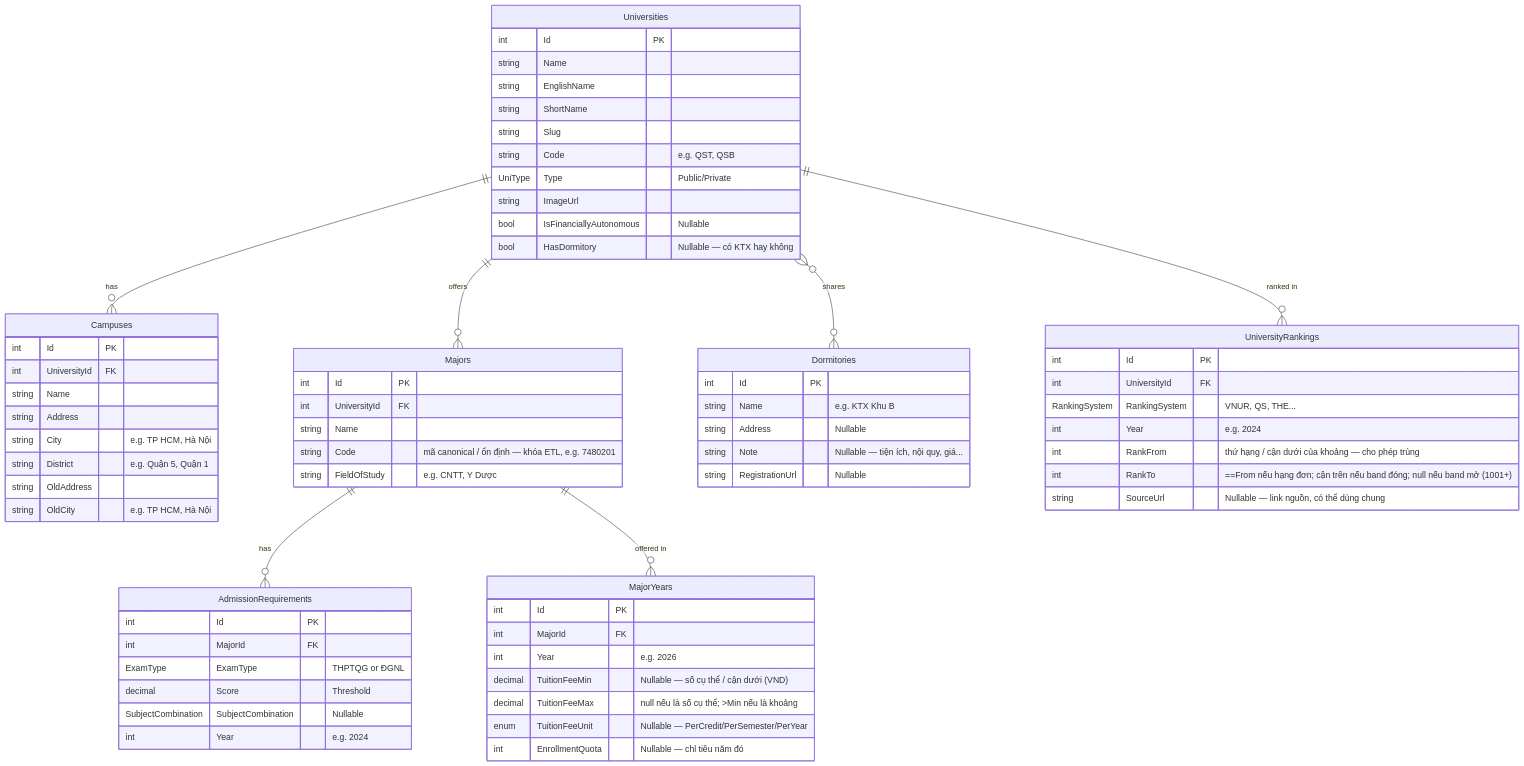
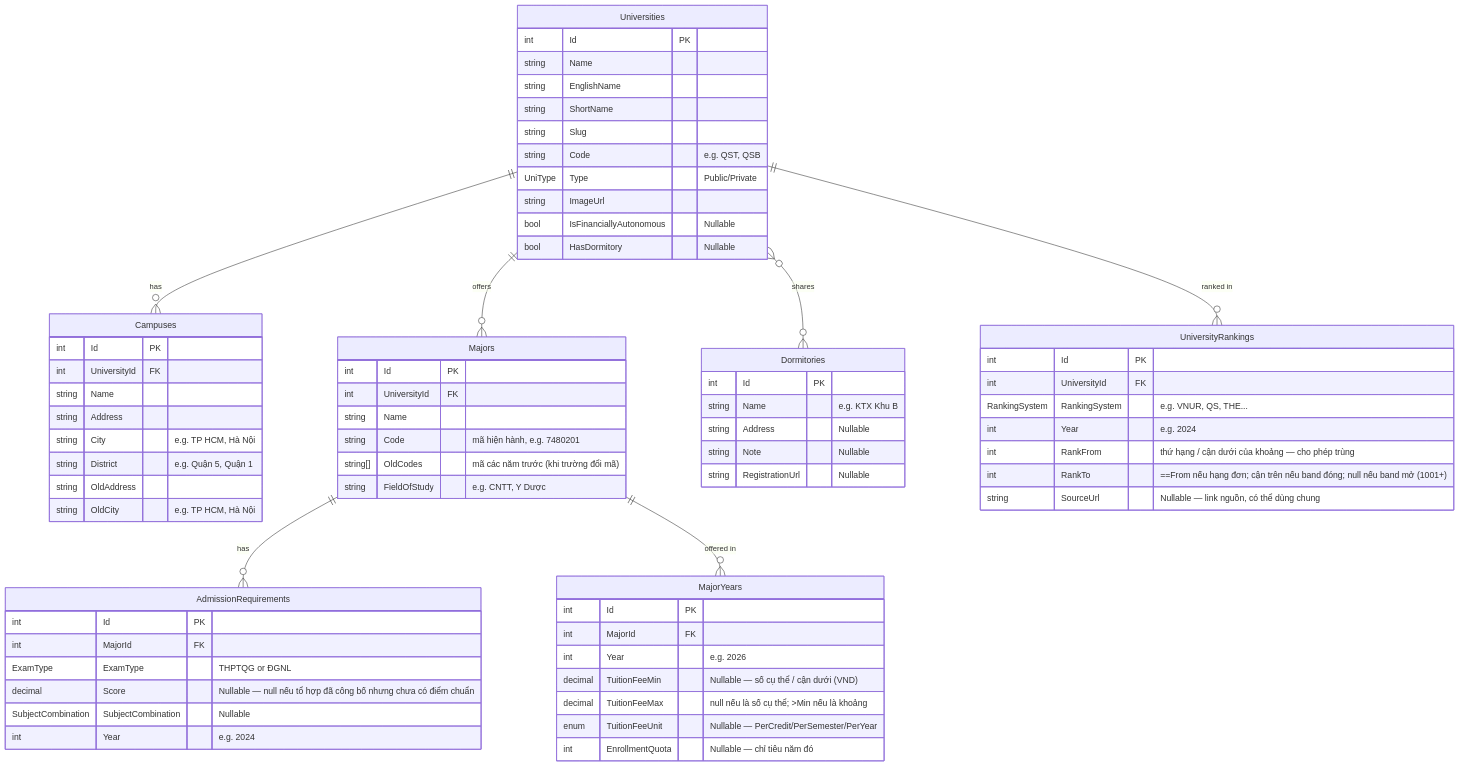
The diagram in docs/ER-model.md (longhuynhdev/TimTruong), drawn with Mermaid before and after one commit. The commit also changed 32 other files, not shown here.

````diff
--- a/docs/ER-model.md
+++ b/docs/ER-model.md
@@ -1,78 +1,79 @@
 ```mermaid
 erDiagram
     Universities ||--o{ Campuses : "has"
     Universities ||--o{ Majors : "offers"
     Universities }o--o{ Dormitories : "shares"
     Universities ||--o{ UniversityRankings : "ranked in"
     Majors ||--o{ AdmissionRequirements : "has"
     Majors ||--o{ MajorYears : "offered in"
 
     Universities {
         int Id PK
         string Name
         string EnglishName
         string ShortName
         string Slug
         string Code "e.g. QST, QSB"
         UniType Type "Public/Private"
         string ImageUrl
         bool IsFinanciallyAutonomous "Nullable"
-        bool HasDormitory "Nullable — có KTX hay không"
+        bool HasDormitory "Nullable"
     }
 
     Dormitories {
         int Id PK
         string Name "e.g. KTX Khu B"
         string Address "Nullable"
-        string Note "Nullable — tiện ích, nội quy, giá..."
+        string Note "Nullable"
         string RegistrationUrl "Nullable"
     }
 
     Campuses {
         int Id PK
         int UniversityId FK
         string Name
         string Address
         string City "e.g. TP HCM, Hà Nội"
         string District "e.g. Quận 5, Quận 1"
         string OldAddress
         string OldCity "e.g. TP HCM, Hà Nội"
     }
 
     Majors {
         int Id PK
         int UniversityId FK
         string Name
-        string Code "mã canonical / ổn định — khóa ETL, e.g. 7480201"
+        string Code "mã hiện hành, e.g. 7480201"
+        string[] OldCodes "mã các năm trước (khi trường đổi mã)"
         string FieldOfStudy "e.g. CNTT, Y Dược"
     }
 
     MajorYears {
         int Id PK
         int MajorId FK
         int Year "e.g. 2026"
         decimal TuitionFeeMin "Nullable — số cụ thể / cận dưới (VND)"
         decimal TuitionFeeMax "null nếu là số cụ thể; >Min nếu là khoảng"
         enum TuitionFeeUnit "Nullable — PerCredit/PerSemester/PerYear"
         int EnrollmentQuota "Nullable — chỉ tiêu năm đó"
     }
 
     AdmissionRequirements {
         int Id PK
         int MajorId FK
         ExamType ExamType "THPTQG or ĐGNL"
-        decimal Score "Threshold"
+        decimal Score "Nullable — null nếu tổ hợp đã công bố nhưng chưa có điểm chuẩn"
         SubjectCombination SubjectCombination "Nullable"
         int Year "e.g. 2024"
     }
 
     UniversityRankings {
         int Id PK
         int UniversityId FK
-        RankingSystem RankingSystem "VNUR, QS, THE..."
+        RankingSystem RankingSystem "e.g. VNUR, QS, THE..."
         int Year "e.g. 2024"
         int RankFrom "thứ hạng / cận dưới của khoảng — cho phép trùng"
         int RankTo "==From nếu hạng đơn; cận trên nếu band đóng; null nếu band mở (1001+)"
         string SourceUrl "Nullable — link nguồn, có thể dùng chung"
     }
 ```    
````
